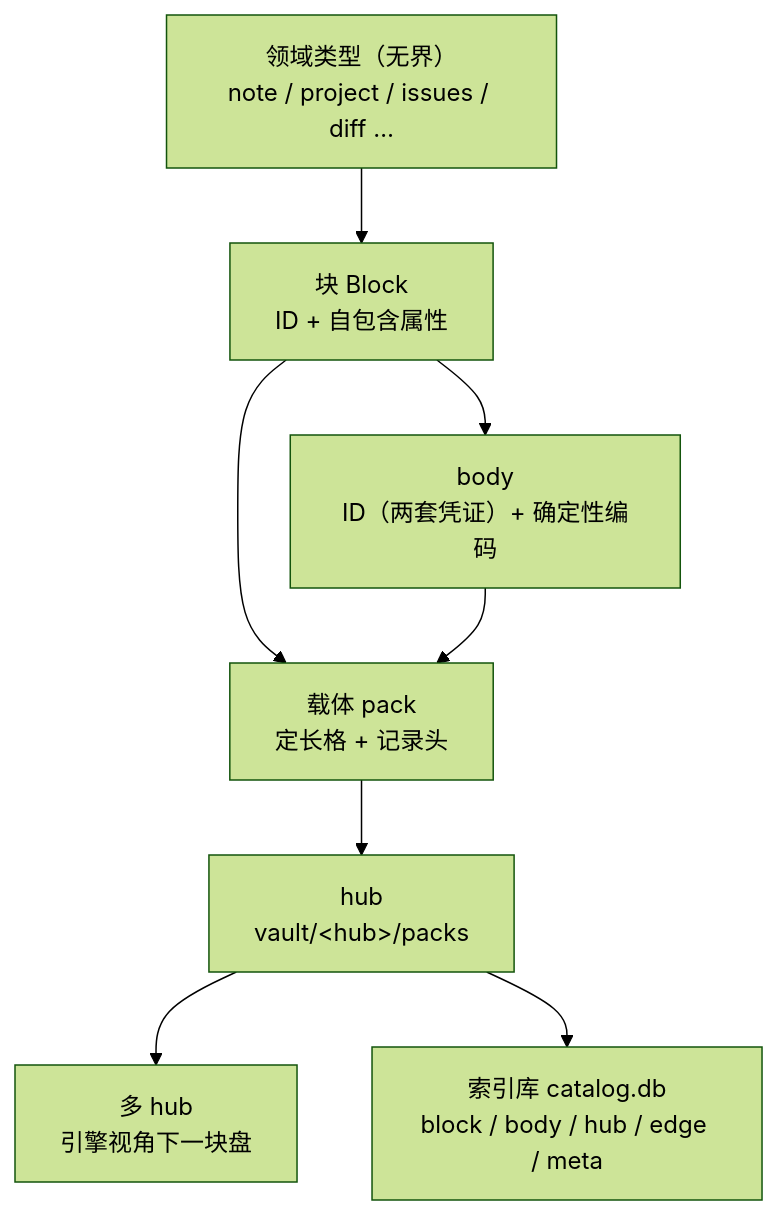
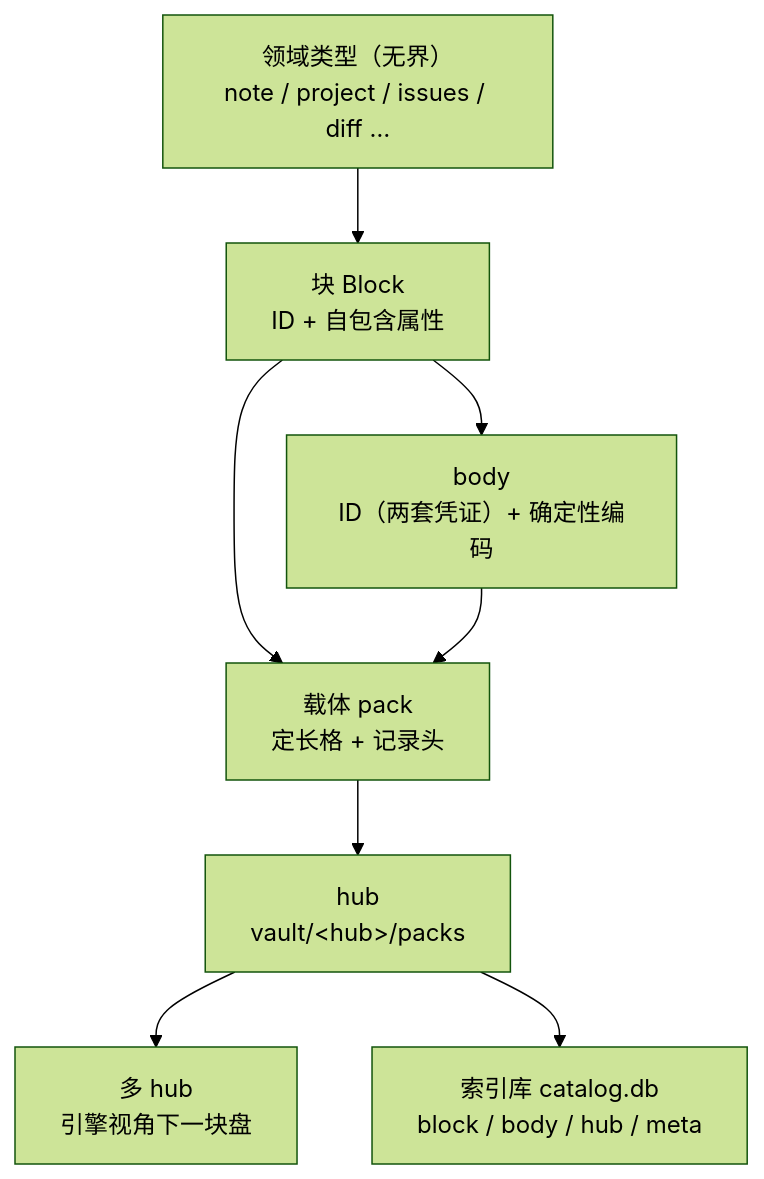
Before and after one commit to HanYang06/Cairn: the diagram in docs/architecture/storage-design.md, drawn with Mermaid (forest theme). The commit also changed other lines of this file and 15 other files, not shown here.

First line of the commit message:
Refactor storage architecture: Remove edge table and update related documentation

````diff
--- a/docs/architecture/storage-design.md
+++ b/docs/architecture/storage-design.md
@@ -60,11 +60,11 @@
 ```mermaid
 graph TD
     T["领域类型（无界）<br/>note / project / issues / diff …"]
     T --> B["块 Block<br/>ID + 自包含属性"]
     B --> BD["body<br/>ID（两套凭证）+ 确定性编码"]
     B --> P["载体 pack<br/>定长格 + 记录头"]
     BD --> P
     P --> K["hub<br/>vault/&lt;hub&gt;/packs"]
     K --> M["多 hub<br/>引擎视角下一块盘"]
-    K --> I["索引库 catalog.db<br/>block / body / hub / edge / meta"]
+    K --> I["索引库 catalog.db<br/>block / body / hub / meta"]
 ```
````
